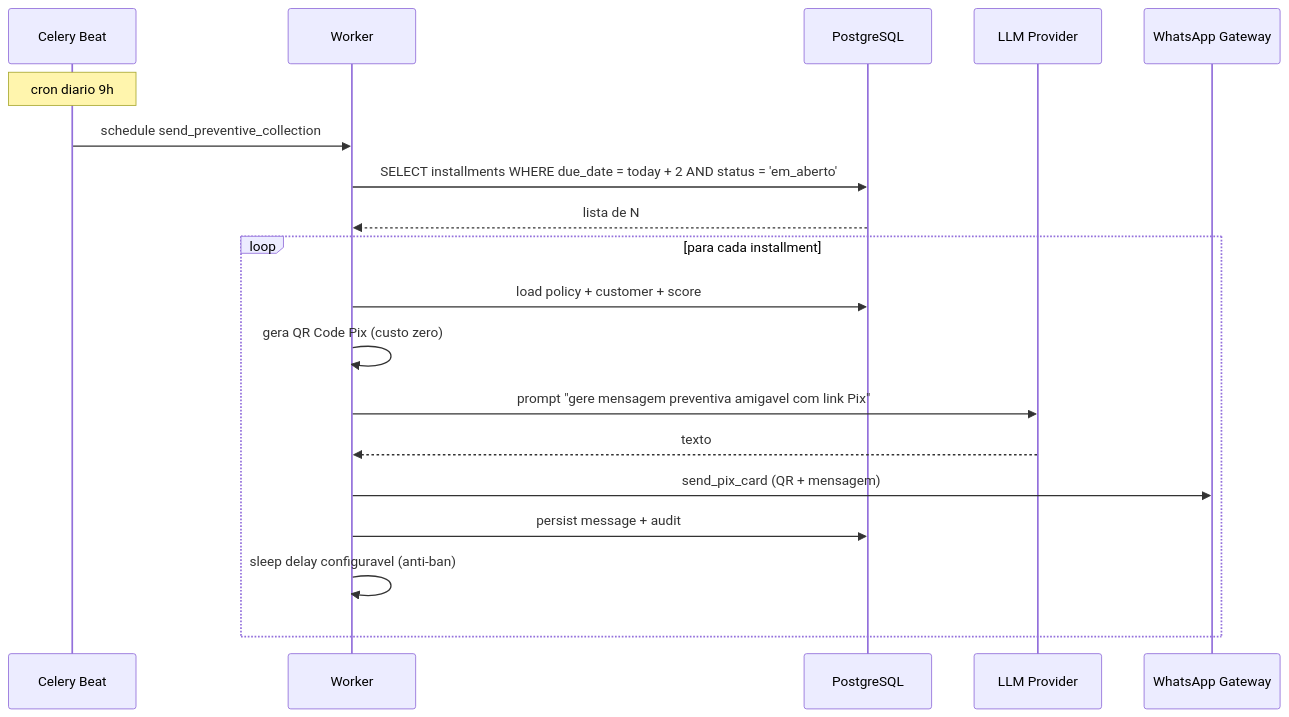
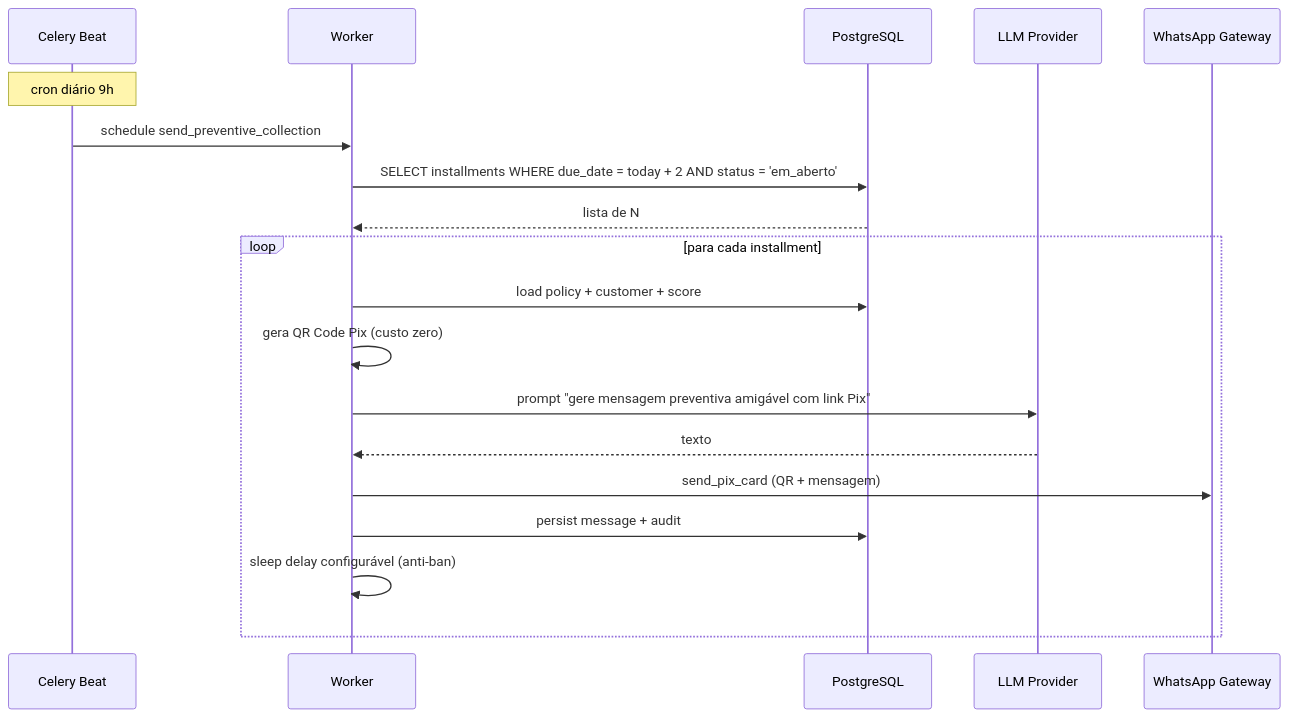
The tenth of 13 diagrams in _bmad-output/planning-artifacts/ARCHITECTURE.md (psoliveira80/pagarpro), drawn with Mermaid before and after one commit. The commit also changed other lines of this file and 18 other files, not shown here.

First line of the commit message:
docs: Story 12.9 — traducao PT-BR de PRD, ARCHITECTURE, epics e stories Epic 10/11

````diff
--- a/_bmad-output/planning-artifacts/ARCHITECTURE.md
+++ b/_bmad-output/planning-artifacts/ARCHITECTURE.md
@@ -1876,22 +1876,22 @@
 ```mermaid
 sequenceDiagram
     participant Beat as Celery Beat
     participant W as Worker
     participant DB as PostgreSQL
     participant LLM as LLM Provider
     participant WA as WhatsApp Gateway
 
-    Note over Beat: cron diario 9h
+    Note over Beat: cron diário 9h
     Beat->>W: schedule send_preventive_collection
     W->>DB: SELECT installments WHERE due_date = today + 2 AND status = 'em_aberto'
     DB-->>W: lista de N
     loop para cada installment
         W->>DB: load policy + customer + score
         W->>W: gera QR Code Pix (custo zero)
-        W->>LLM: prompt "gere mensagem preventiva amigavel com link Pix"
+        W->>LLM: prompt "gere mensagem preventiva amigável com link Pix"
         LLM-->>W: texto
         W->>WA: send_pix_card (QR + mensagem)
         W->>DB: persist message + audit
-        W->>W: sleep delay configuravel (anti-ban)
+        W->>W: sleep delay configurável (anti-ban)
     end
 ```
````
